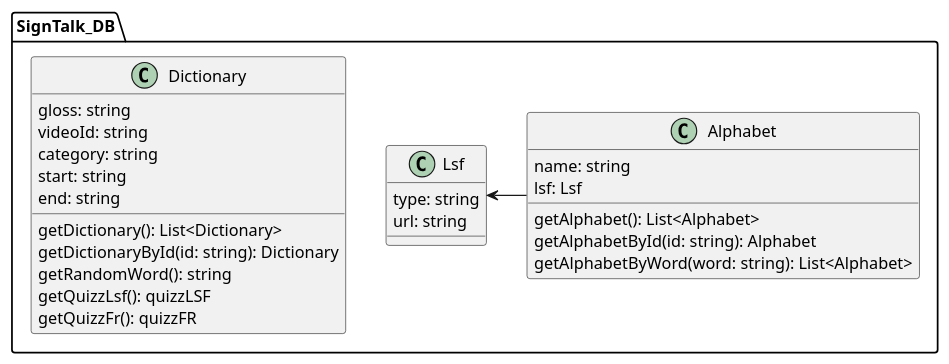
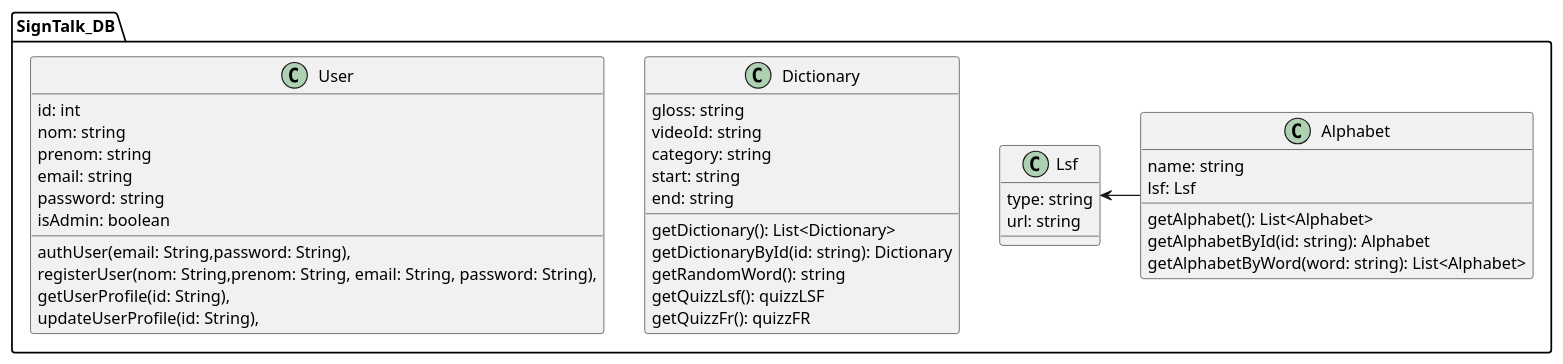
The diagram in ressources/diagram.puml (Mustapha-Smail/SignTalk), drawn with PlantUML before and after one commit. The commit also changed 7 other files, not shown here.

```diff
--- a/ressources/diagram.puml
+++ b/ressources/diagram.puml
@@ -1,35 +1,48 @@
 @startuml
 
 package SignTalk_DB {
    
     class Lsf {
         type: string
         url: string
     }
 
     class Alphabet {
         name: string
         lsf: Lsf
         getAlphabet(): List<Alphabet>
         getAlphabetById(id: string): Alphabet
         getAlphabetByWord(word: string): List<Alphabet>    
     }
 
     class Dictionary {
         gloss: string
         videoId: string
         category: string
         start: string
         end: string
         getDictionary(): List<Dictionary>
         getDictionaryById(id: string): Dictionary
         getRandomWord(): string
         getQuizzLsf(): quizzLSF
         getQuizzFr(): quizzFR
     }
 
 
+    class User {
+            id: int
+            nom: string 
+            prenom: string 
+            email: string
+            password: string
+            isAdmin: boolean 
+            authUser(email: String,password: String), 
+            registerUser(nom: String,prenom: String, email: String, password: String), 
+            getUserProfile(id: String), 
+            updateUserProfile(id: String), 
+    }
+
     Lsf <- Alphabet
 }
 
 @enduml
```
